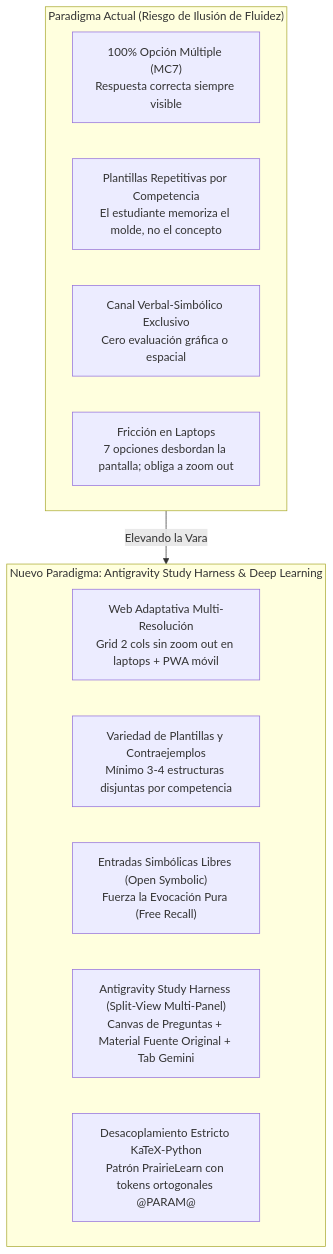
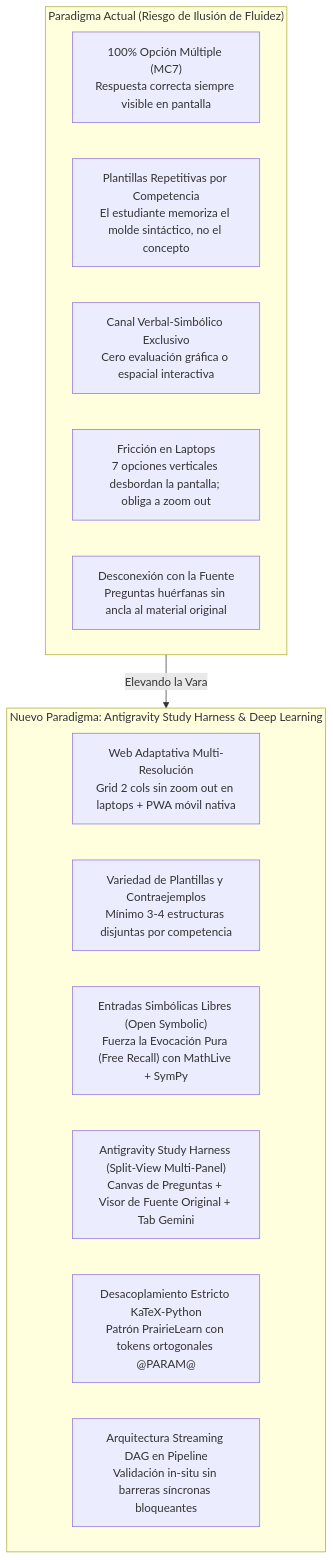
Before and after one commit to aguerta/Tops_academy: the first of 4 diagrams in docs/future_milestones/FUTURE_MILESTONES.md, drawn with Mermaid. The commit also changed other lines of this file and 1 other file, not shown here.

Commit message:
docs(milestones): integrate external forensic analyses, codebase anatomy and evolutionary roadmap

````diff
--- a/docs/future_milestones/FUTURE_MILESTONES.md
+++ b/docs/future_milestones/FUTURE_MILESTONES.md
@@ -27,19 +27,21 @@
 ```mermaid
 graph TD
     subgraph CurrentParadigm ["Paradigma Actual (Riesgo de Ilusión de Fluidez)"]
-        P1["100% Opción Múltiple (MC7)\nRespuesta correcta siempre visible"]
-        P2["Plantillas Repetitivas por Competencia\nEl estudiante memoriza el molde, no el concepto"]
-        P3["Canal Verbal-Simbólico Exclusivo\nCero evaluación gráfica o espacial"]
-        P4["Fricción en Laptops\n7 opciones desbordan la pantalla; obliga a zoom out"]
+        P1["100% Opción Múltiple (MC7)\nRespuesta correcta siempre visible en pantalla"]
+        P2["Plantillas Repetitivas por Competencia\nEl estudiante memoriza el molde sintáctico, no el concepto"]
+        P3["Canal Verbal-Simbólico Exclusivo\nCero evaluación gráfica o espacial interactiva"]
+        P4["Fricción en Laptops\n7 opciones verticales desbordan la pantalla; obliga a zoom out"]
+        P5["Desconexión con la Fuente\nPreguntas huérfanas sin ancla al material original"]
     end
 
     subgraph FutureParadigm ["Nuevo Paradigma: Antigravity Study Harness & Deep Learning"]
-        N1["Web Adaptativa Multi-Resolución\nGrid 2 cols sin zoom out en laptops + PWA móvil"]
+        N1["Web Adaptativa Multi-Resolución\nGrid 2 cols sin zoom out en laptops + PWA móvil nativa"]
         N2["Variedad de Plantillas y Contraejemplos\nMínimo 3-4 estructuras disjuntas por competencia"]
-        N3["Entradas Simbólicas Libres (Open Symbolic)\nFuerza la Evocación Pura (Free Recall)"]
-        N4["Antigravity Study Harness (Split-View Multi-Panel)\nCanvas de Preguntas + Material Fuente Original + Tab Gemini"]
+        N3["Entradas Simbólicas Libres (Open Symbolic)\nFuerza la Evocación Pura (Free Recall) con MathLive + SymPy"]
+        N4["Antigravity Study Harness (Split-View Multi-Panel)\nCanvas de Preguntas + Visor de Fuente Original + Tab Gemini"]
         N5["Desacoplamiento Estricto KaTeX-Python\nPatrón PrairieLearn con tokens ortogonales @PARAM@"]
+        N6["Arquitectura Streaming DAG en Pipeline\nValidación in-situ sin barreras síncronas bloqueantes"]
     end
 
     CurrentParadigm -->|Elevando la Vara| FutureParadigm
 ```
````
